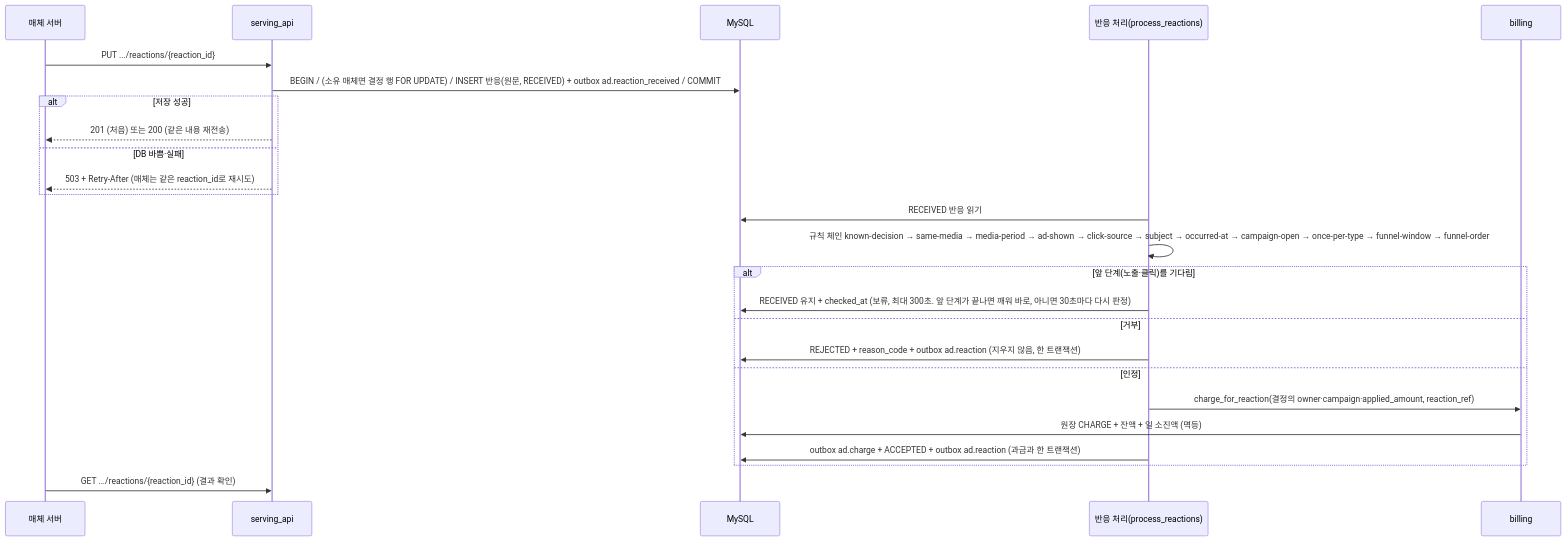
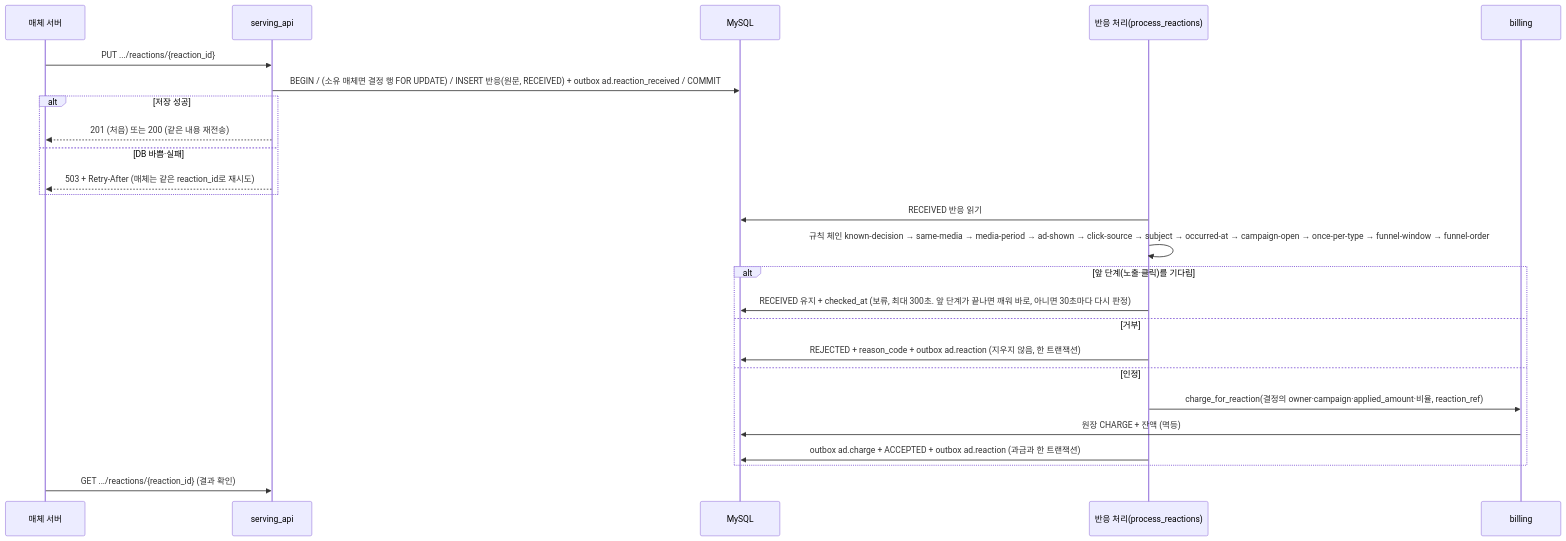
Before and after one commit to encore-ai-campus/mlo-01-p3-team2: the seventh of 7 diagrams in docs/ads-server/ads-server-drd.md, drawn with Mermaid. The commit also changed other lines of this file and 2 other files, not shown here.

````diff
--- a/docs/ads-server/ads-server-drd.md
+++ b/docs/ads-server/ads-server-drd.md
@@ -935,28 +929,28 @@
 ```mermaid
 sequenceDiagram
     participant M as 매체 서버
     participant S as serving_api
     participant DB as MySQL
     participant P as 반응 처리(process_reactions)
     participant B as billing
 
     M->>S: PUT .../reactions/{reaction_id}
     S->>DB: BEGIN / (소유 매체면 결정 행 FOR UPDATE) / INSERT 반응(원문, RECEIVED) + outbox ad.reaction_received / COMMIT
     alt 저장 성공
         S-->>M: 201 (처음) 또는 200 (같은 내용 재전송)
     else DB 바쁨·실패
         S-->>M: 503 + Retry-After (매체는 같은 reaction_id로 재시도)
     end
     P->>DB: RECEIVED 반응 읽기
     P->>P: 규칙 체인 known-decision → same-media → media-period → ad-shown → click-source → subject → occurred-at → campaign-open → once-per-type → funnel-window → funnel-order
     alt 앞 단계(노출·클릭)를 기다림
         P->>DB: RECEIVED 유지 + checked_at (보류, 최대 300초. 앞 단계가 끝나면 깨워 바로, 아니면 30초마다 다시 판정)
     else 거부
         P->>DB: REJECTED + reason_code + outbox ad.reaction (지우지 않음, 한 트랜잭션)
     else 인정
-        P->>B: charge_for_reaction(결정의 owner·campaign·applied_amount, reaction_ref)
-        B->>DB: 원장 CHARGE + 잔액 + 일 소진액 (멱등)
+        P->>B: charge_for_reaction(결정의 owner·campaign·applied_amount·비율, reaction_ref)
+        B->>DB: 원장 CHARGE + 잔액 (멱등)
         P->>DB: outbox ad.charge + ACCEPTED + outbox ad.reaction (과금과 한 트랜잭션)
     end
     M->>S: GET .../reactions/{reaction_id} (결과 확인)
 ```
````
